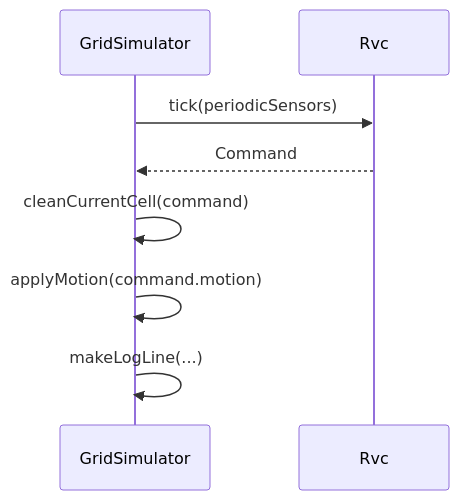
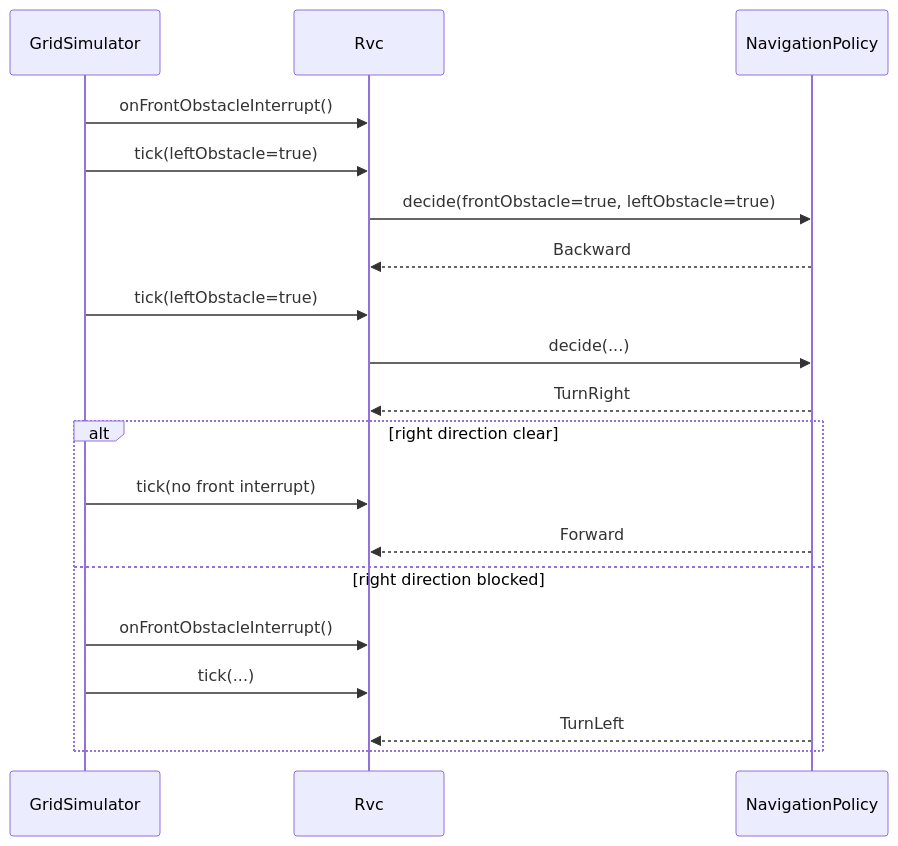
The third of 3 diagrams in docs/ood_sequence_diagrams.md (reload02/ooad-vibe), drawn with Mermaid before and after one commit. The commit also changed other lines of this file and 22 other files, not shown here.

First line of the commit message:
Refactor RVC Controller and Navigation Logic

````diff
--- a/docs/ood_sequence_diagrams.md
+++ b/docs/ood_sequence_diagrams.md
@@ -49,11 +53,22 @@
 ```mermaid
 sequenceDiagram
     participant Simulator as GridSimulator
     participant RVC as Rvc
+    participant Navigation as NavigationPolicy
 
-    Simulator->>RVC: tick(periodicSensors)
-    RVC-->>Simulator: Command
-    Simulator->>Simulator: cleanCurrentCell(command)
-    Simulator->>Simulator: applyMotion(command.motion)
-    Simulator->>Simulator: makeLogLine(...)
+    Simulator->>RVC: onFrontObstacleInterrupt()
+    Simulator->>RVC: tick(leftObstacle=true)
+    RVC->>Navigation: decide(frontObstacle=true, leftObstacle=true)
+    Navigation-->>RVC: Backward
+    Simulator->>RVC: tick(leftObstacle=true)
+    RVC->>Navigation: decide(...)
+    Navigation-->>RVC: TurnRight
+    alt right direction clear
+        Simulator->>RVC: tick(no front interrupt)
+        Navigation-->>RVC: Forward
+    else right direction blocked
+        Simulator->>RVC: onFrontObstacleInterrupt()
+        Simulator->>RVC: tick(...)
+        Navigation-->>RVC: TurnLeft
+    end
 ```
````
